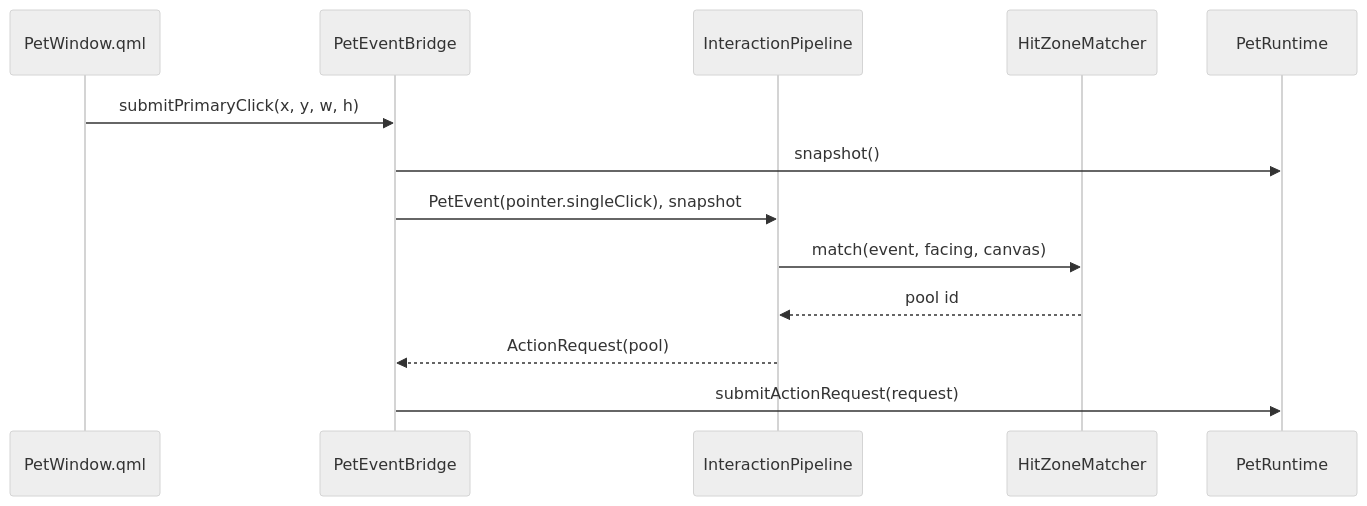
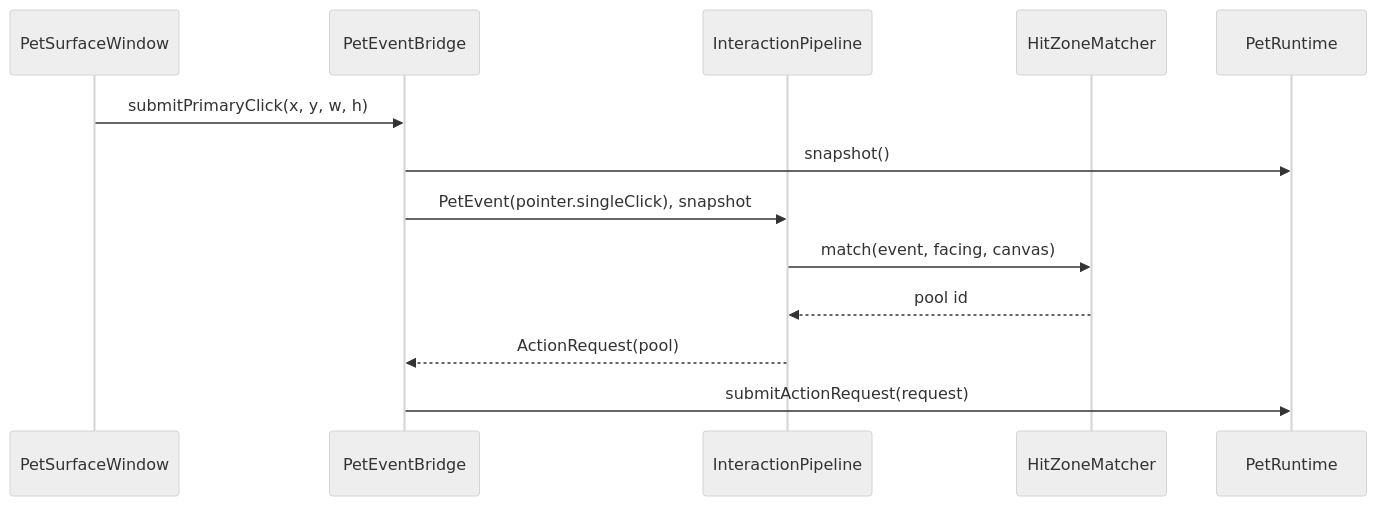
Before and after one commit to tiantian180/MilesEdgeworth: the third of 5 diagrams in docs/v2/设计方案/桌宠运行时职责拆分设计.md, drawn with Mermaid (neutral theme). The commit also changed other lines of this file and 36 other files, not shown here.

Commit message:
test: add architecture guardrails

````diff
--- a/docs/v2/设计方案/桌宠运行时职责拆分设计.md
+++ b/docs/v2/设计方案/桌宠运行时职责拆分设计.md
@@ -629,16 +631,16 @@
 ```mermaid
 sequenceDiagram
-    participant QML as PetWindow.qml
+    participant Surface as PetSurfaceWindow
     participant Bridge as PetEventBridge
     participant Pipeline as InteractionPipeline
     participant Hit as HitZoneMatcher
     participant Runtime as PetRuntime
 
-    QML->>Bridge: submitPrimaryClick(x, y, w, h)
+    Surface->>Bridge: submitPrimaryClick(x, y, w, h)
     Bridge->>Runtime: snapshot()
     Bridge->>Pipeline: PetEvent(pointer.singleClick), snapshot
     Pipeline->>Hit: match(event, facing, canvas)
     Hit-->>Pipeline: pool id
     Pipeline-->>Bridge: ActionRequest(pool)
     Bridge->>Runtime: submitActionRequest(request)
 ```
````
